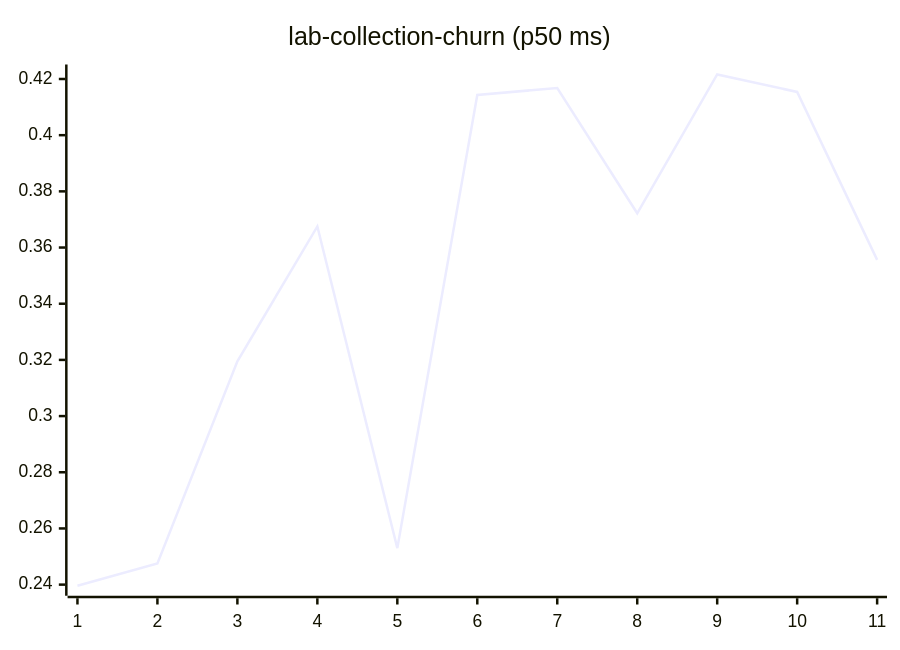
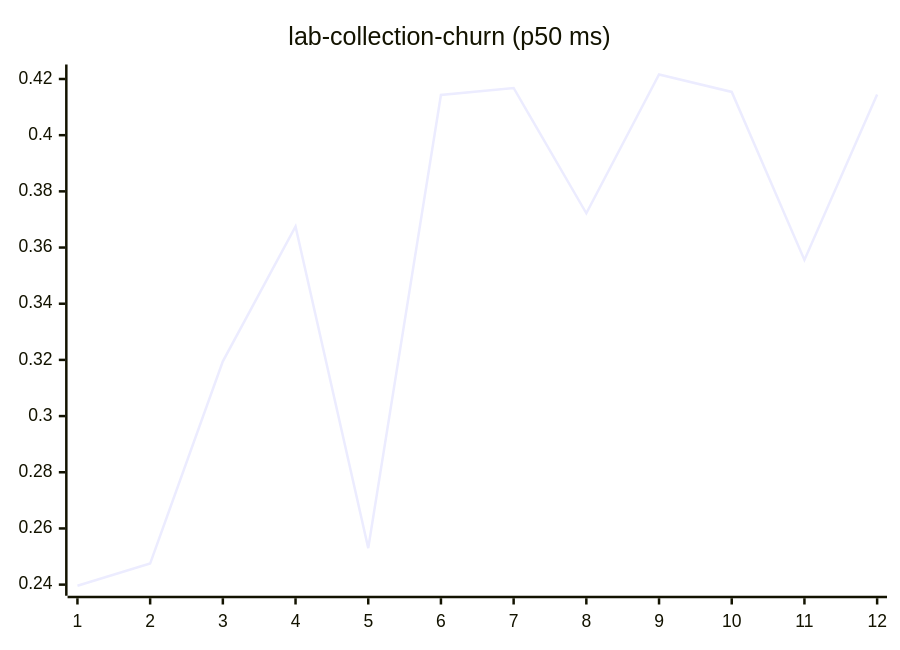
One commit to josha/Facet changed diagram 11 of 27 in README.md. Above: the diagram before and after it, drawn with Mermaid. The commit also changed other lines of this file and 2 other files, not shown here.

````diff
--- a/README.md
+++ b/README.md
@@ -133,6 +133,6 @@
 ```mermaid
 xychart-beta
     title "lab-collection-churn (p50 ms)"
-    x-axis 1 --> 11
-    line [0.2396, 0.2475, 0.3195, 0.3675, 0.2530, 0.4143, 0.4168, 0.3722, 0.4216, 0.4154, 0.3556]
+    x-axis 1 --> 12
+    line [0.2396, 0.2475, 0.3195, 0.3675, 0.2530, 0.4143, 0.4168, 0.3722, 0.4216, 0.4154, 0.3556, 0.4145]
 ```
````
